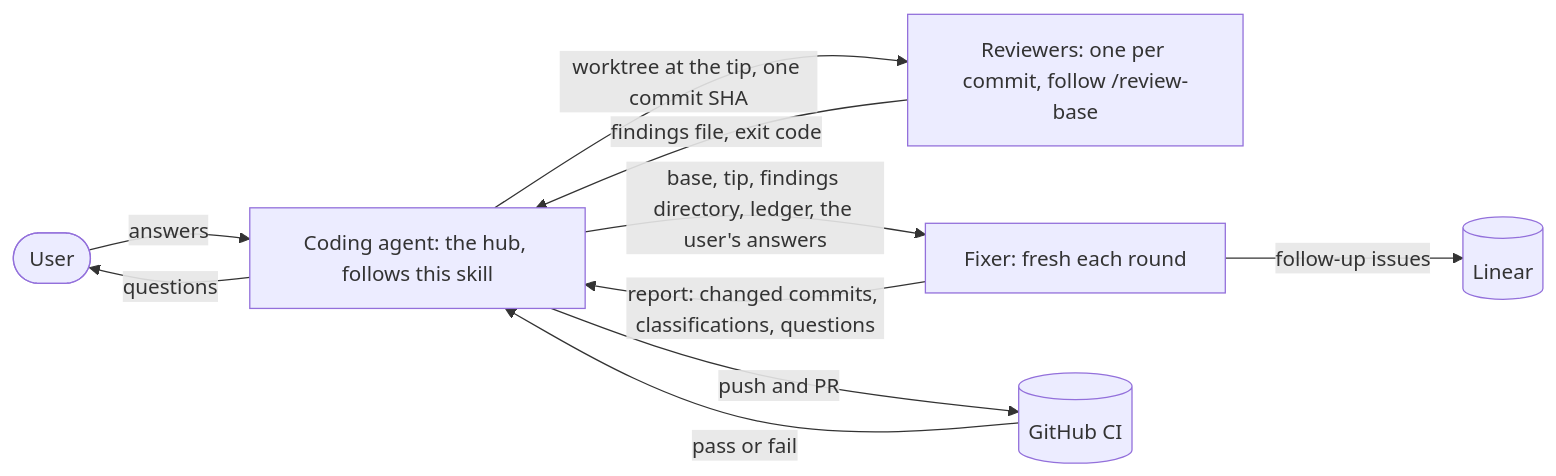
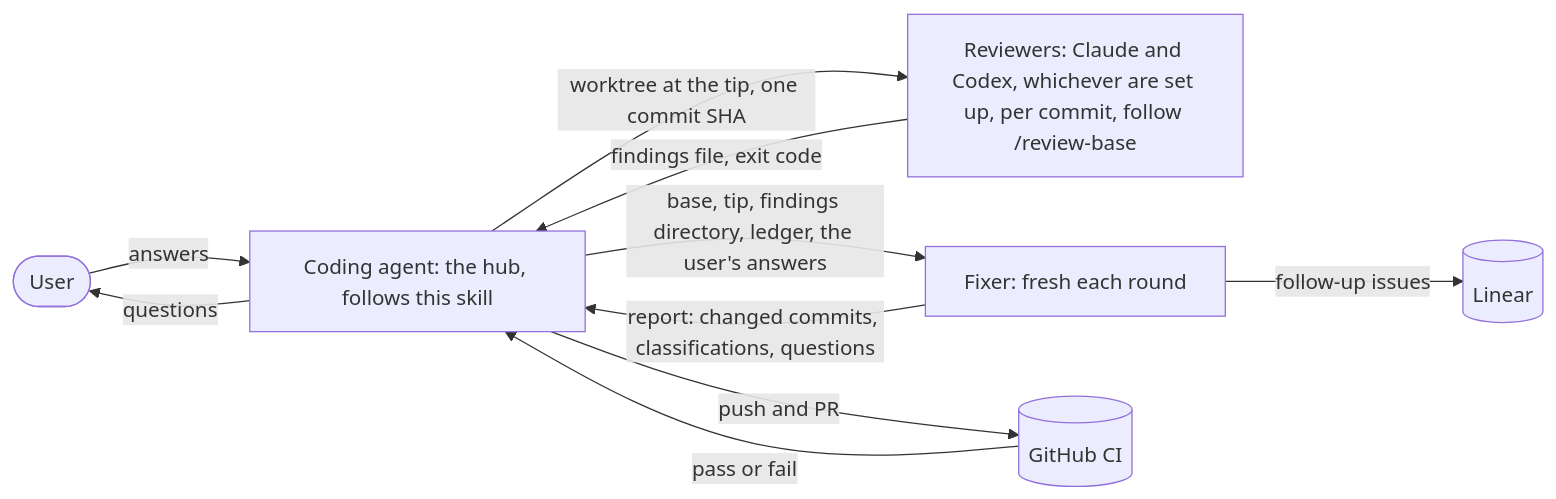
The second of 2 diagrams in agents/skills/review-loop/SKILL.md (worldalliance/alliance), drawn with Mermaid before and after one commit. The commit also changed other lines of this file and 2 other files, not shown here.

First line of the commit message:
Review each commit with Codex beside Claude where Codex is set up

````diff
--- a/agents/skills/review-loop/SKILL.md
+++ b/agents/skills/review-loop/SKILL.md
@@ -49,18 +49,18 @@
 ```mermaid
 flowchart LR
   user(["User"])
   hub["Coding agent: the hub, follows this skill"]
-  reviewers["Reviewers: one per commit, follow /review-base"]
+  reviewers["Reviewers: Claude and Codex, whichever are set up, per commit, follow /review-base"]
   fixer["Fixer: fresh each round"]
   linear[("Linear")]
   ci[("GitHub CI")]
   hub -->|"questions"| user
   user -->|"answers"| hub
   hub -->|"worktree at the tip, one commit SHA"| reviewers
   reviewers -->|"findings file, exit code"| hub
   hub -->|"base, tip, findings directory, ledger, the user's answers"| fixer
   fixer -->|"report: changed commits, classifications, questions"| hub
   fixer -->|"follow-up issues"| linear
   hub -->|"push and PR"| ci
   ci -->|"pass or fail"| hub
 ```
````
